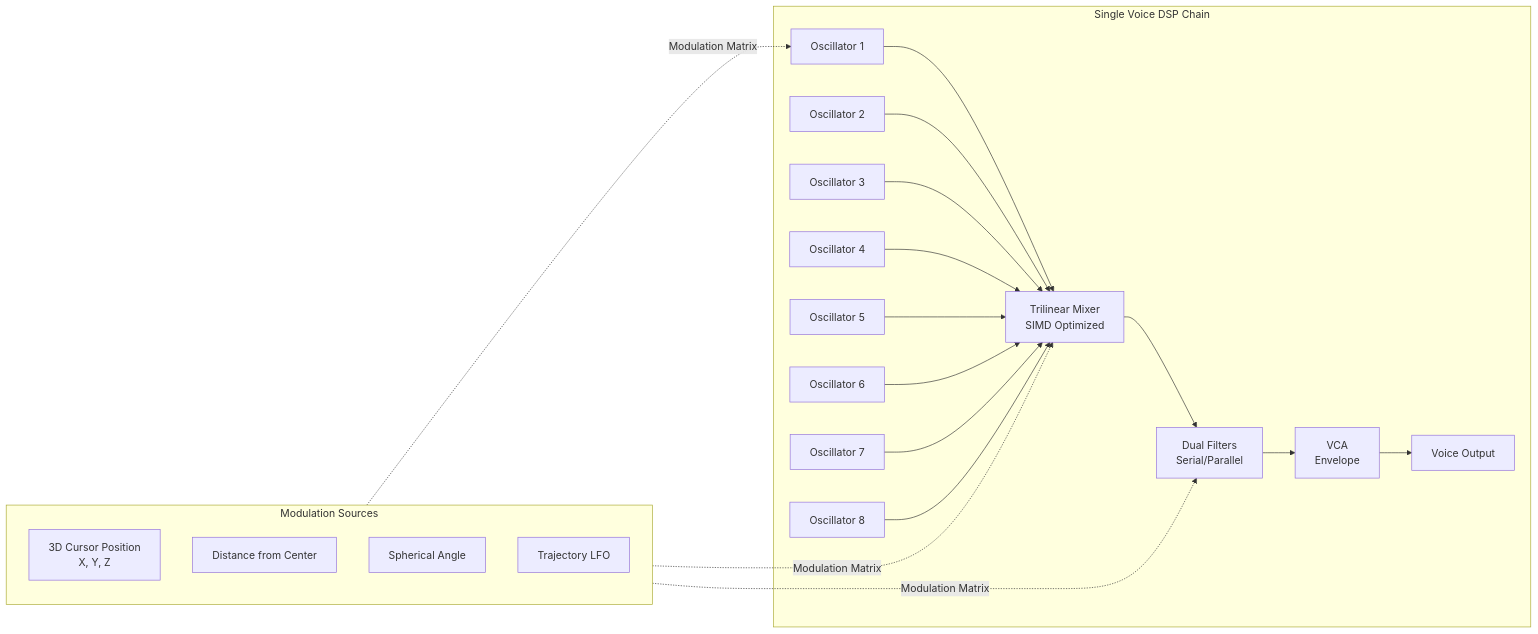
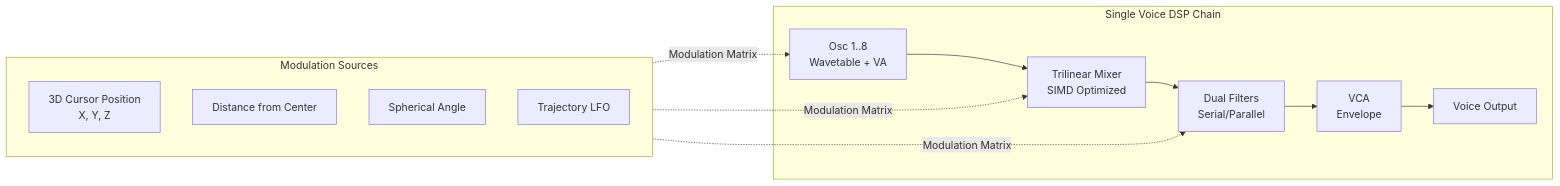
Before and after one commit to rp-bot/ASE-final-project: the third of 5 diagrams in README.md, drawn with Mermaid.

Commit message:
docs(readme): simplify oscillator representation in DSP chain diagram by consolidating multiple oscillators into a single entry

````diff
--- a/README.md
+++ b/README.md
@@ -209,42 +209,25 @@
 ```mermaid
 flowchart LR
     subgraph VoiceStructure[Single Voice DSP Chain]
-        Osc1[Oscillator 1]
-        Osc2[Oscillator 2]
-        Osc3[Oscillator 3]
-        Osc4[Oscillator 4]
-        Osc5[Oscillator 5]
-        Osc6[Oscillator 6]
-        Osc7[Oscillator 7]
-        Osc8[Oscillator 8]
-        
+        OscN[Osc 1..8<br/>Wavetable + VA]
         TrilinearMixer[Trilinear Mixer<br/>SIMD Optimized]
-        
         FilterSection[Dual Filters<br/>Serial/Parallel]
         VCA[VCA<br/>Envelope]
         
-        Osc1 --> TrilinearMixer
-        Osc2 --> TrilinearMixer
-        Osc3 --> TrilinearMixer
-        Osc4 --> TrilinearMixer
-        Osc5 --> TrilinearMixer
-        Osc6 --> TrilinearMixer
-        Osc7 --> TrilinearMixer
-        Osc8 --> TrilinearMixer
-        
+        OscN --> TrilinearMixer
         TrilinearMixer --> FilterSection
         FilterSection --> VCA
         VCA --> Output[Voice Output]
     end
     
     subgraph ModulationSources[Modulation Sources]
         XYZPos[3D Cursor Position<br/>X, Y, Z]
         Distance[Distance from Center]
         Angle[Spherical Angle]
         Trajectory[Trajectory LFO]
     end
     
     ModulationSources -.->|Modulation Matrix| TrilinearMixer
     ModulationSources -.->|Modulation Matrix| FilterSection
-    ModulationSources -.->|Modulation Matrix| Osc1
+    ModulationSources -.->|Modulation Matrix| OscN
 ```
````
